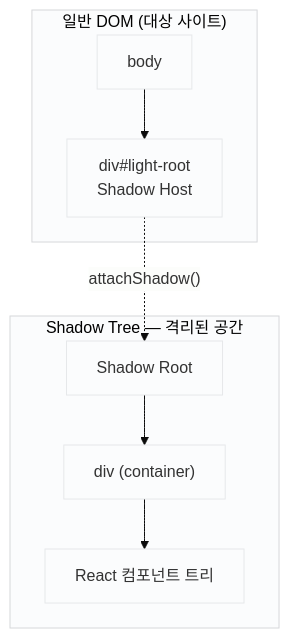
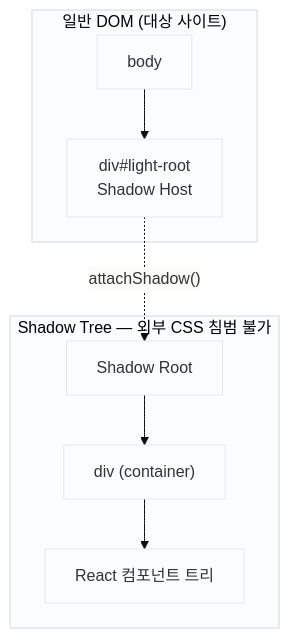
Before and after one commit to Seojegyeong/Seojegyeong.github.io: the diagram in posts/2026-10-06-shadow-dom-react-emotion.md, drawn with Mermaid. The commit also changed other lines of this file and 9 other files, not shown here.

````diff
--- a/posts/2026-10-06-shadow-dom-react-emotion.md
+++ b/posts/2026-10-06-shadow-dom-react-emotion.md
@@ -51,27 +51,27 @@
 ```mermaid
 ---
 config:
   theme: base
   themeVariables:
     primaryColor: "#fbfcfd"
     primaryBorderColor: "#e6e8ea"
     fontFamily: "Pretendard, sans-serif"
     clusterBkg: "#fbfcfd"
     clusterBorder: "#d6d7da"
 ---
 flowchart TB
   subgraph doc["일반 DOM (대상 사이트)"]
     body["body"]
     host["div#light-root\nShadow Host"]
   end
   body --> host
 
   host -. "attachShadow()" .-> sr
 
-  subgraph shadow["Shadow Tree — 격리된 공간"]
+  subgraph shadow["Shadow Tree — 외부 CSS 침범 불가"]
     sr["Shadow Root"]
     container["div (container)"]
     react["React 컴포넌트 트리"]
   end
   sr --> container --> react
 ```
````
